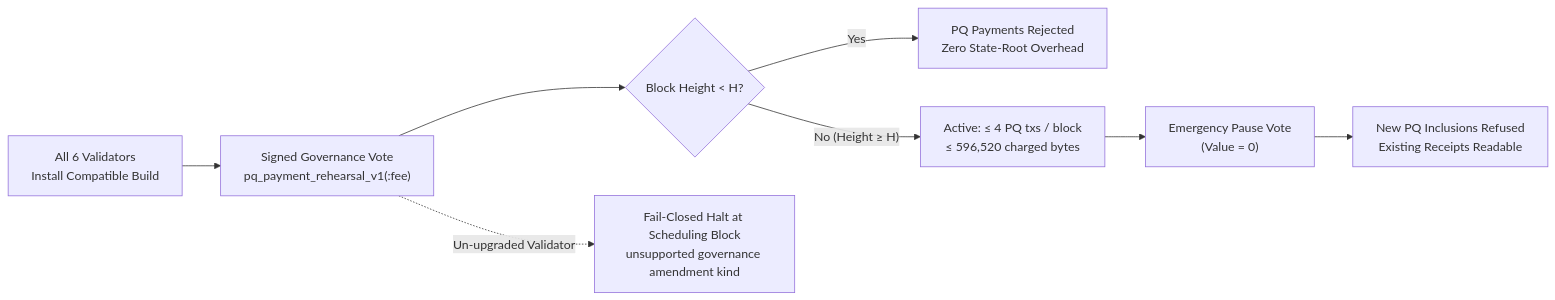
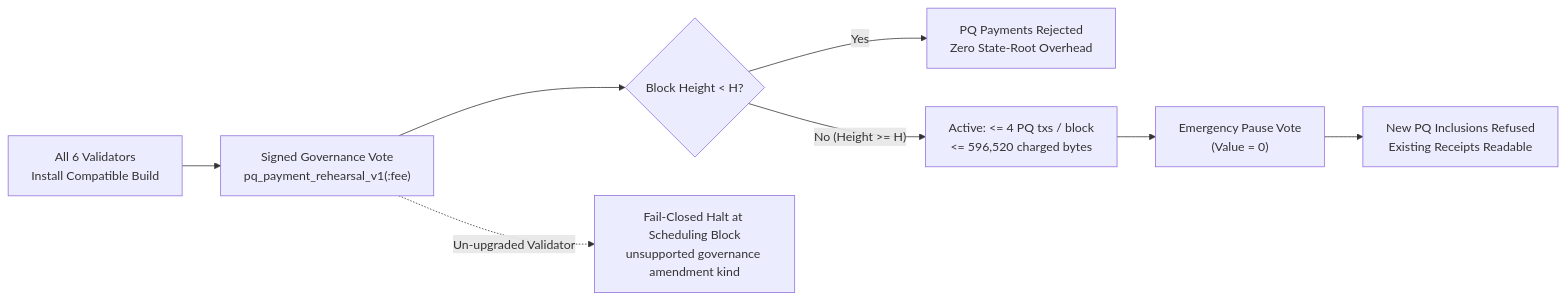
The diagram in content/blog/peel-binius-quantum-safe-private-payments.md (postfiatorg/postfiatorg.github.io), drawn with Mermaid before and after one commit. The commit also changed other lines of this file, not shown here.

````diff
--- a/content/blog/peel-binius-quantum-safe-private-payments.md
+++ b/content/blog/peel-binius-quantum-safe-private-payments.md
@@ -110,10 +106,10 @@
 ```mermaid
 flowchart LR
     A["All 6 Validators<br/>Install Compatible Build"] --> B["Signed Governance Vote<br/>pq_payment_rehearsal_v1(:fee)"]
-    B --> C{"Block Height &lt; H?"}
+    B --> C{"Block Height < H?"}
     C -- "Yes" --> D["PQ Payments Rejected<br/>Zero State-Root Overhead"]
-    C -- "No (Height ≥ H)" --> E["Active: ≤ 4 PQ txs / block<br/>≤ 596,520 charged bytes"]
+    C -- "No (Height >= H)" --> E["Active: <= 4 PQ txs / block<br/><= 596,520 charged bytes"]
     E --> F["Emergency Pause Vote<br/>(Value = 0)"]
     F --> G["New PQ Inclusions Refused<br/>Existing Receipts Readable"]
     B -. "Un-upgraded Validator" .-> H["Fail-Closed Halt at Scheduling Block<br/>unsupported governance amendment kind"]
 ```
````
